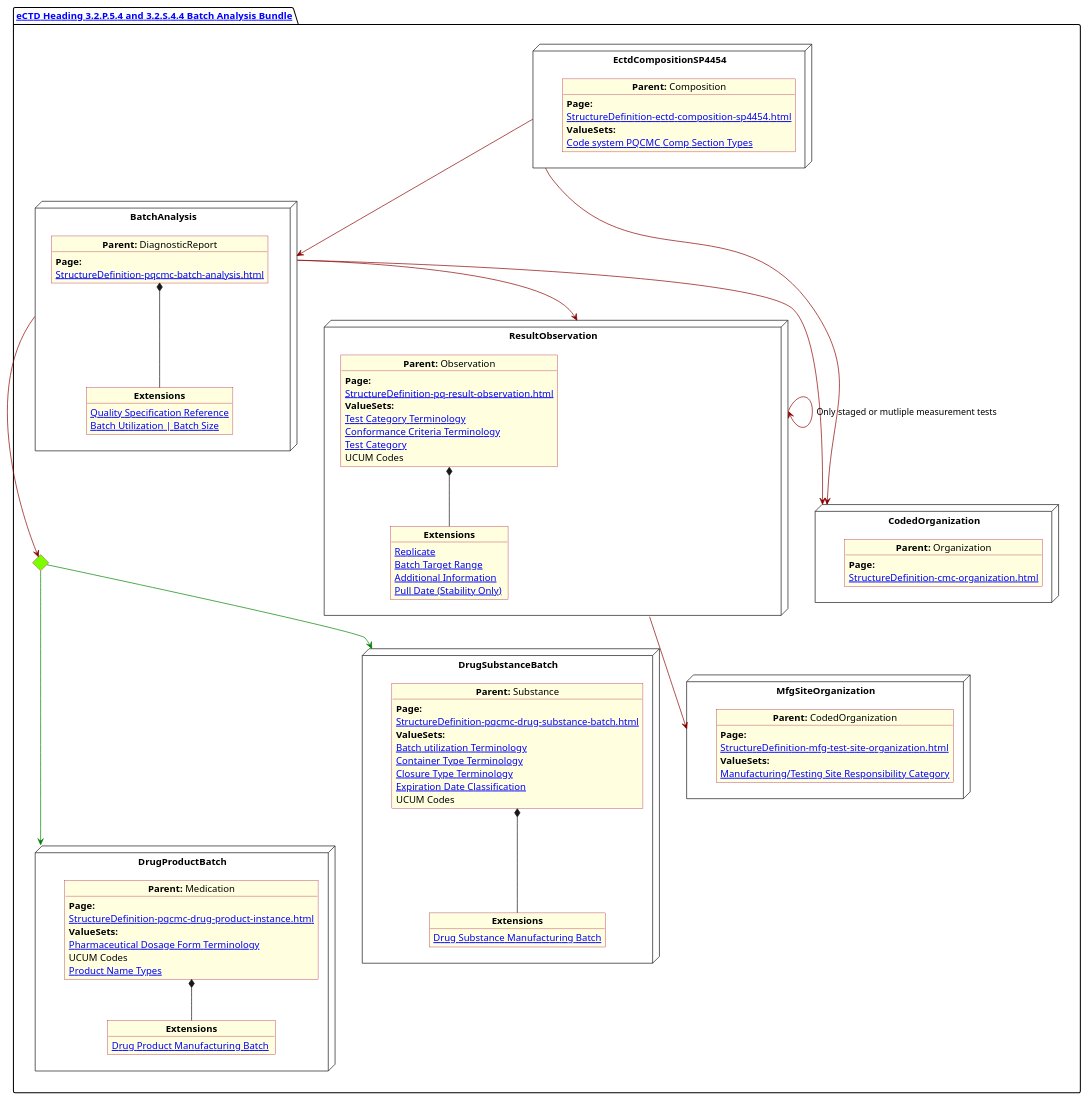
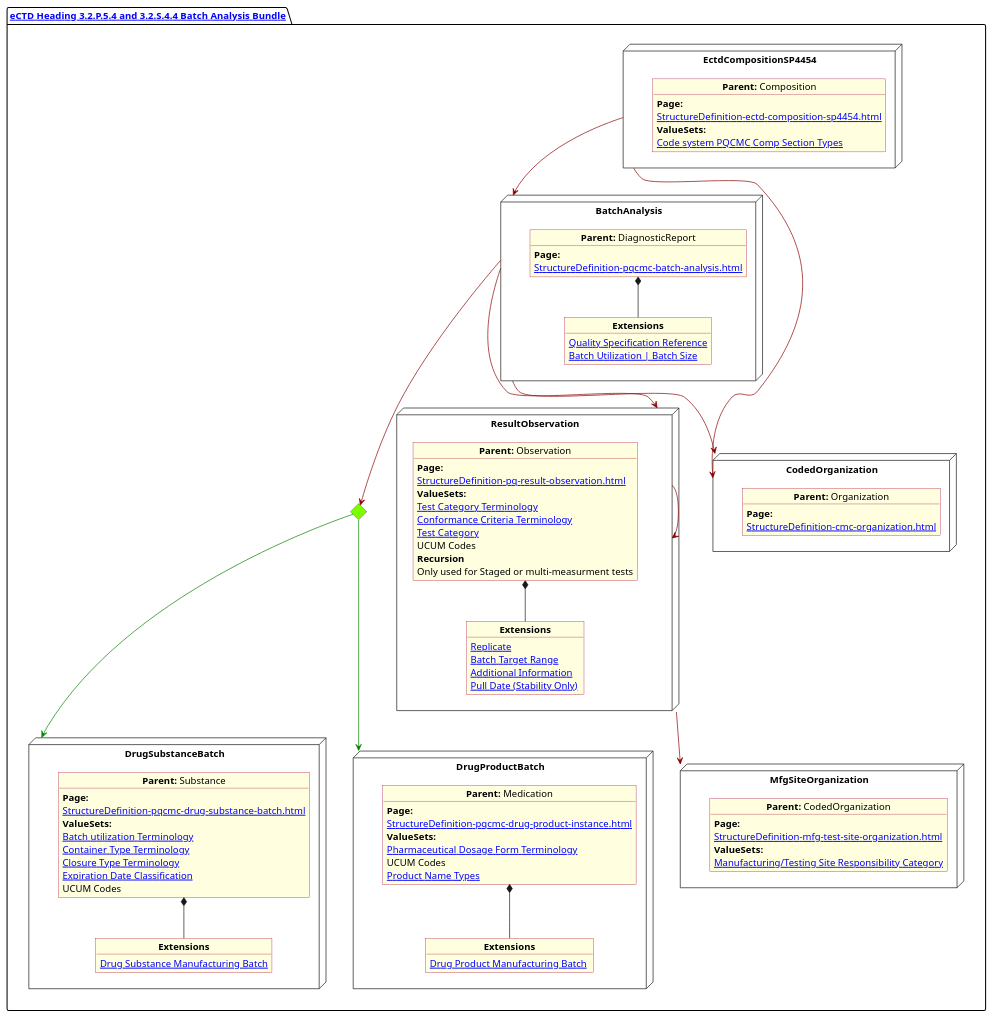
One commit to HL7/FHIR-us-pq-cmc-fda changed the diagram in input/images-source/BatchAnalysis.plantuml. Above: the diagram before and after it, drawn with PlantUML.

Commit message:
Optimizing layout of Batch Analysis diagram

```diff
--- a/input/images-source/BatchAnalysis.plantuml
+++ b/input/images-source/BatchAnalysis.plantuml
@@ -1,127 +1,131 @@
 @startuml BatchAnalysis
 allowmixing
 'Mixed model of use case and object
 skinparam svgDimensionStyle false
 skinparam ObjectBackgroundColor LightYellow
 skinparam ObjectBorderColor #A80036
 skinparam activityDiamondBorderColor #A80036
 skinparam activityDiamondBackgroundColor lawnGreen
 skinparam ClassBorderThickness 4
 
 
 package "[[StructureDefinition-cmc-ectd-document-sp4454.html eCTD Heading 3.2.P.5.4 and 3.2.S.4.4 Batch Analysis Bundle]]" as NODES {
 
   node "EctdCompositionSP4454" as N1 {
     object "**Parent:** Composition" as obj1 {
       **Page:**
       [[StructureDefinition-ectd-composition-sp4454.html]]
 
       **ValueSets:**
       [[ValueSet-cmc-comp-section-types-vs.html Code system PQCMC Comp Section Types]]
     }
   }
 
   node "BatchAnalysis" as  BatchAnalysis {
     object "**Parent:** DiagnosticReport" as obj2 {
       **Page:**
       [[StructureDefinition-pqcmc-batch-analysis.html]]
     }
     object "**Extensions**" as  obj2Ex {
       [[StructureDefinition-pq-quality-specification-extension.html Quality Specification Reference]]
       [[StructureDefinition-drug-product-manufacturing-batch.html Batch Utilization | Batch Size ]]
     }
     obj2 *-- obj2Ex
   }
 
   node "CodedOrganization" as CodedOrganization {
 
     object "**Parent:** Organization" as objAu {
       **Page:**
       [[StructureDefinition-cmc-organization.html]]
     }
   }
 
   node "DrugProductBatch" as DrugProductBatch {
     object "**Parent:** Medication" as obj3 {
       **Page:**
       [[StructureDefinition-pqcmc-drug-product-instance.html]]
 
       **ValueSets:**
       [[ValueSet-spl-pharmaceutical-dosage-form-terminology.html Pharmaceutical Dosage Form Terminology]]
       UCUM Codes
       [[ValueSet-cmc-product-name-types-vs.html Product Name Types]]
     }
 
     object "**Extensions**" as  objExsBatch {
 
       [[StructureDefinition-drug-product-manufacturing-batch.html Drug Product Manufacturing Batch ]]
     }
     obj3 *-- objExsBatch
   }
 
 
   node "DrugSubstanceBatch" as DrugSubstanceBatch {
 
     object "**Parent:** Substance" as obj4 {
       **Page:**
       [[StructureDefinition-pqcmc-drug-substance-batch.html]]
 
       **ValueSets:**
       [[ValueSet-pqcmc-batch-utilization-terminology.html Batch utilization Terminology]]
       [[ValueSet-pqcmc-container-type-terminology.html Container Type Terminology]]
       [[ValueSet-pqcmc-closure-type-terminology.html Closure Type Terminology]]
       [[ValueSet-pqcmc-expiration-date-classification-terminology.html Expiration Date Classification]]
       UCUM Codes
     }
     object "**Extensions**" as objXDs {
 
       [[StructureDefinition-drug-substance-manufacturing-batch.html Drug Substance Manufacturing Batch]]
     }
     obj4 *-- objXDs
   }
 
   node "MfgSiteOrganization" as  MfgSiteOrganization {
     object "**Parent:** CodedOrganization" as obj5 {
       **Page:**
       [[StructureDefinition-mfg-test-site-organization.html]]
 
       **ValueSets:**
       [[ValueSet-pqcmc-mfg-testing-site-terminology.html Manufacturing/Testing Site Responsibility Category]]
     }
   }
 
   node "ResultObservation" as ResultObservation  {
 
     object "**Parent:** Observation" as obj6 {
       **Page:**
       [[StructureDefinition-pq-result-observation.html]]
 
       **ValueSets:**
       [[ValueSet-pqcmc-test-category-terminology.html Test Category Terminology]]
       [[ValueSet-pqcmc-conformance-to-criteria-terminology.html Conformance Criteria Terminology]]
       [[ValueSet-pqcmc-test-category-terminology.html Test Category]]
       UCUM Codes
+                     
+      **Recursion**
+      Only used for Staged or multi-measurment tests
     }
 
     object "**Extensions**" as objXObs {
       [[StructureDefinition-pq-replicate-extension.html Replicate]]
       [[StructureDefinition-pq-batch-range.html Batch Target Range]]
       [[StructureDefinition-pq-additional-info-extension.html Additional Information]]
       [[StructureDefinition-pq-pullDate-extension.html Pull Date (Stability Only) ]]
     }
     obj6 *-- objXObs
   }
 
   diamond CH
 
+  BatchAnalysis -[#darkred]--> CH
+  N1 -[#darkred]-> CodedOrganization
   BatchAnalysis -[#darkred]--> CodedOrganization
-  BatchAnalysis -[#darkred]-> ResultObservation
-  BatchAnalysis -[#darkred]--> CH
+  BatchAnalysis -[#darkred]--> ResultObservation
   CH -[#green]--> DrugProductBatch
-  CH -[#green]-> DrugSubstanceBatch
+  CH -[#green]--> DrugSubstanceBatch
+
+  N1 -[#darkred]-> BatchAnalysis
   ResultObservation -[#darkred]--> MfgSiteOrganization
-  ResultObservation -[#darkred]-> ResultObservation : Only staged or mutliple measurement tests
-  N1 -[#darkred]-> BatchAnalysis
-  N1 -[#darkred]-> CodedOrganization
+  ResultObservation -[#darkred]--> ResultObservation
 }
 @enduml
```
